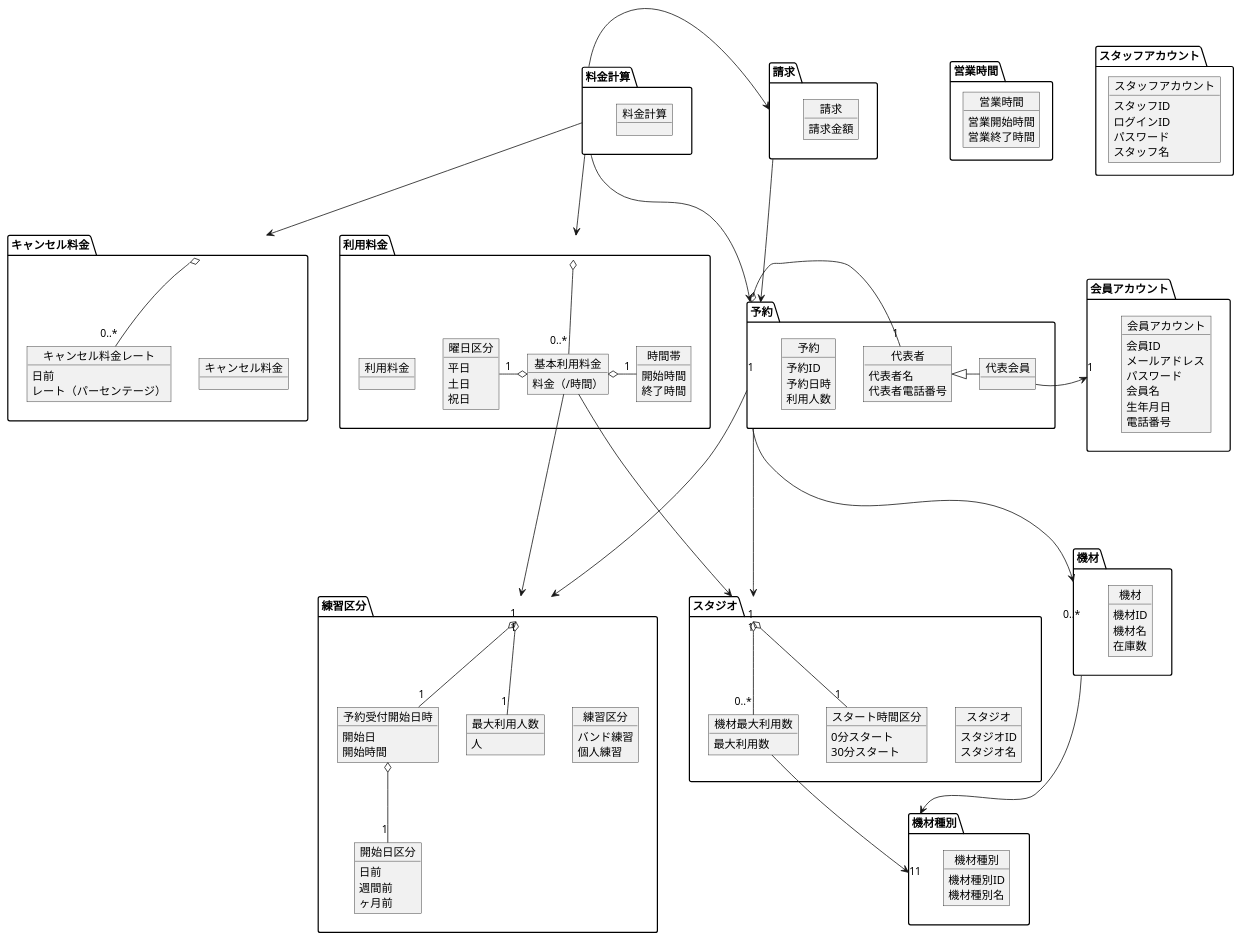
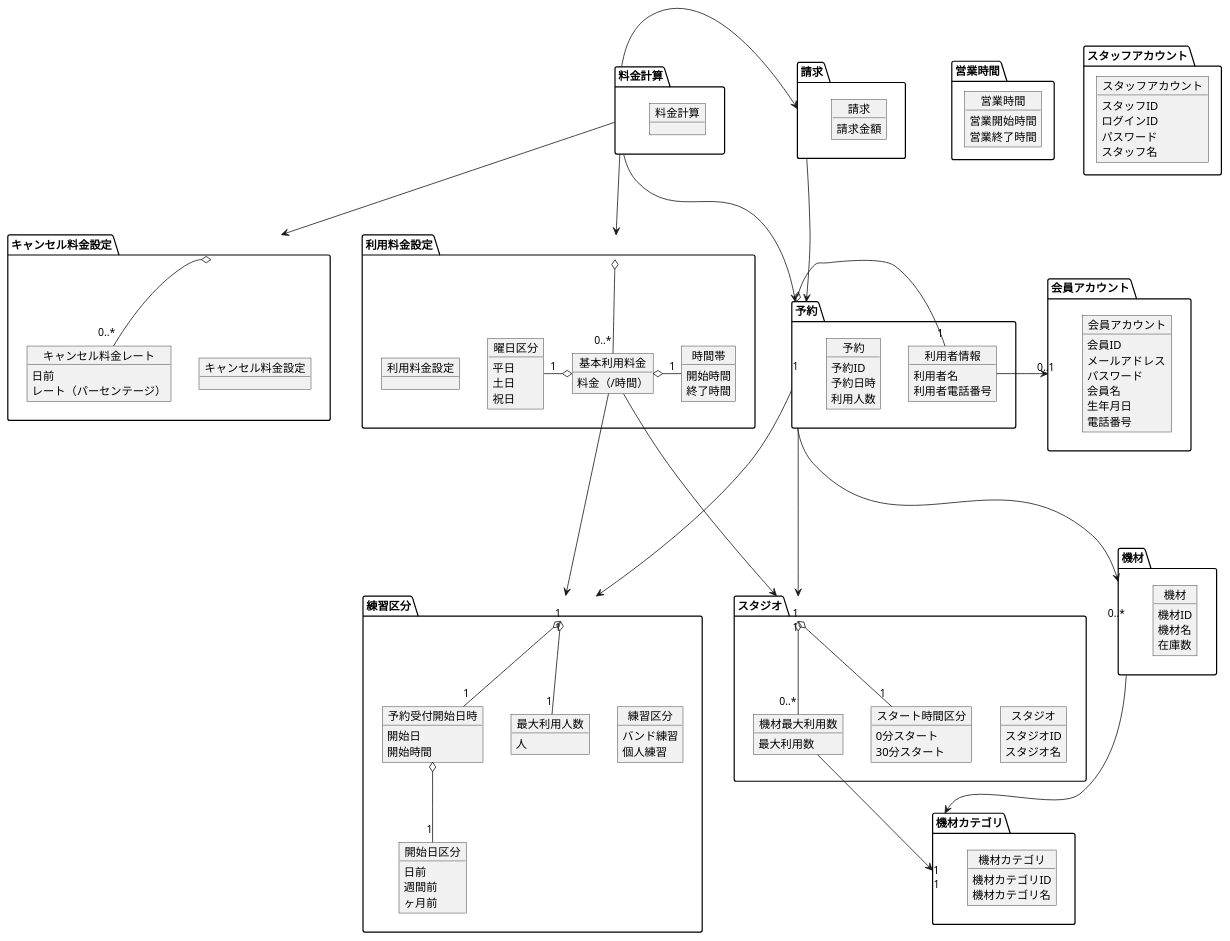
Before and after one commit to TakashiOnawa/ddd-practice-studio-reservation: the diagram in modeling/07_DomainModel.pu, drawn with PlantUML. The commit also changed 288 other files, not shown here.

```diff
--- a/modeling/07_DomainModel.pu
+++ b/modeling/07_DomainModel.pu
@@ -1,173 +1,168 @@
 @startuml DomainModel
 
 package 予約 {
     object 予約 {
         予約ID
         予約日時
         利用人数
     }
 
-    object 代表者 {
-        代表者名
-        代表者電話番号
-    }
-
-    object 代表会員 {
+    object 利用者情報 {
+        利用者名
+        利用者電話番号
     }
 }
 
 package 練習区分 {
     object 練習区分 {
         バンド練習
         個人練習
     }
 
     object 最大利用人数 {
         人
     }
 
     object 予約受付開始日時 {
         開始日
         開始時間
     }
 
     object 開始日区分 {
         日前
         週間前
         ヶ月前
     }
 }
 
 package スタジオ {
     object スタジオ {
         スタジオID
         スタジオ名
     }
 
     object スタート時間区分 {
         0分スタート
         30分スタート
     }
 
     object 機材最大利用数 {
         最大利用数
     }
 }
 
 package 機材 {
     object 機材 {
         機材ID
         機材名
         在庫数
     }
 }
 
-package 機材種別 {
-    object 機材種別 {
-        機材種別ID
-        機材種別名
+package 機材カテゴリ {
+    object 機材カテゴリ {
+        機材カテゴリID
+        機材カテゴリ名
     }
 }
 
-package キャンセル料金 {
-    object キャンセル料金 {
+package キャンセル料金設定 {
+    object キャンセル料金設定 {
     }
 
     object キャンセル料金レート {
         日前
         レート（パーセンテージ）
     }
 }
 
 package 営業時間 {
     object 営業時間 {
         営業開始時間
         営業終了時間
     }
 }
 
 package 会員アカウント {
     object 会員アカウント {
         会員ID
         メールアドレス
         パスワード
         会員名
         生年月日
         電話番号
     }
 }
 
 package スタッフアカウント {
     object スタッフアカウント {
         スタッフID
         ログインID
         パスワード
         スタッフ名
     }
 }
 
-package 利用料金 {
-    object 利用料金 {
+package 利用料金設定 {
+    object 利用料金設定 {
     }
 
     object 基本利用料金 {
         料金（/時間）
     }
 
     object 曜日区分 {
         平日
         土日
         祝日
     }
 
     object 時間帯 {
         開始時間
         終了時間
     }
 }
 
 package 料金計算 {
     object 料金計算 {
     }
 }
 
 package 請求 {
     object 請求 {
         請求金額
     }
 }
 
 予約 ----> "1" スタジオ
 予約 ----> "0..*" 機材
 予約 ----> "1" 練習区分
-予約 o- "1" 代表者
-
-代表者 <|- 代表会員
-代表会員 -> "1" 会員アカウント
+予約 o- "1" 利用者情報
+利用者情報 -> "0..1" 会員アカウント
 
 スタジオ o-- "1" スタート時間区分
 スタジオ o-- "0..*" 機材最大利用数
 
-機材最大利用数 --> "1" 機材種別
+機材最大利用数 --> "1" 機材カテゴリ
 
-機材 ---> "1" 機材種別
+機材 ---> "1" 機材カテゴリ
 
 練習区分 o-- "1" 最大利用人数
 練習区分 o-- "1" 予約受付開始日時
 予約受付開始日時 o-- "1" 開始日区分
 
-キャンセル料金 o-- "0..*" キャンセル料金レート
+キャンセル料金設定 o-- "0..*" キャンセル料金レート
 
-利用料金 o-- "0..*" 基本利用料金
+利用料金設定 o-- "0..*" 基本利用料金
 基本利用料金 ----> "1" 練習区分
 基本利用料金 ----> "1" スタジオ
 基本利用料金 o-left- "1" 曜日区分
 基本利用料金 o-right- "1" 時間帯
 
 請求 ---> "1" 予約
 料金計算 ---> 予約
-料金計算 ---> 利用料金
+料金計算 ---> 利用料金設定
 料金計算 -left-> 請求
-料金計算 ---> キャンセル料金
+料金計算 ---> キャンセル料金設定
 
 @enduml
```
